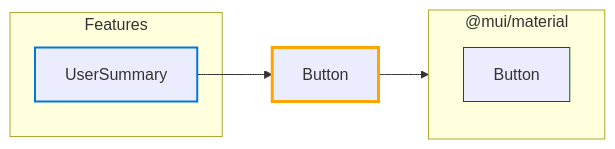
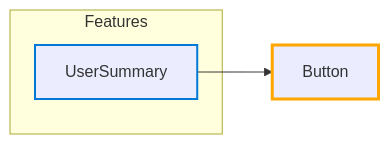
Before and after one commit to star4beam/react-package-analyzer: the diagram in test-project-import-analysis/hubs/Button.md, drawn with Mermaid. The commit also changed other lines of this file and 9 other files, not shown here.

Commit message:
Fix: mermaid links, direct hub dependencies

````diff
--- a/test-project-import-analysis/hubs/Button.md
+++ b/test-project-import-analysis/hubs/Button.md
@@ -27,38 +15,27 @@
 ```mermaid
 flowchart LR
     %% Node styles
     classDef feature stroke:#0078d7,stroke-width:2px
     classDef currentHub stroke:#ffa500,stroke-width:3px
     classDef main stroke:#d04a02,stroke-width:2px
     classDef intermediate stroke:#7e6000,stroke-width:2px
     classDef base stroke:#006400,stroke-width:2px
     classDef component stroke:#006400,stroke-width:1px
 
     %% Link styles
     linkStyle default stroke:#333,stroke-width:1px
     %% Use different arrow styles for dependency types
     %% Direct: solid line, Indirect: dashed line, Both: thick solid line
 
     hub_Button["Button"]
     class hub_Button currentHub
 
     %% Features that use this hub (directly or indirectly)
     subgraph Features["Features"]
         feature_UserSummary["UserSummary"]
         class feature_UserSummary feature
     end
 
     feature_UserSummary --> hub_Button
-    click feature_UserSummary "../features/UserSummary.md" "Go to UserSummary feature"
-
     %% Direct hub-to-hub connections
-
-    %% Components directly used by this hub
-    subgraph pkg__mui_material["@mui/material"]
-        comp__mui_material_Button["Button"]
-        class comp__mui_material_Button component
-    end
-    hub_Button --> pkg__mui_material
-    click comp__mui_material_Button "../components/@mui_material/Button.md" "Go to Button component"
-
 ```
````
